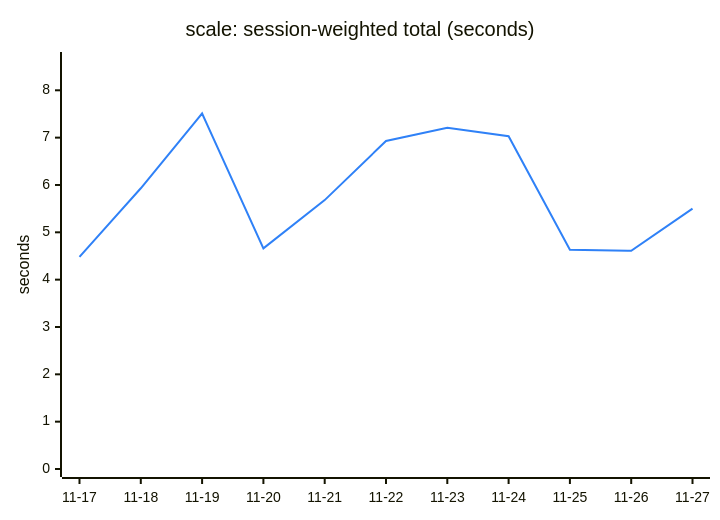
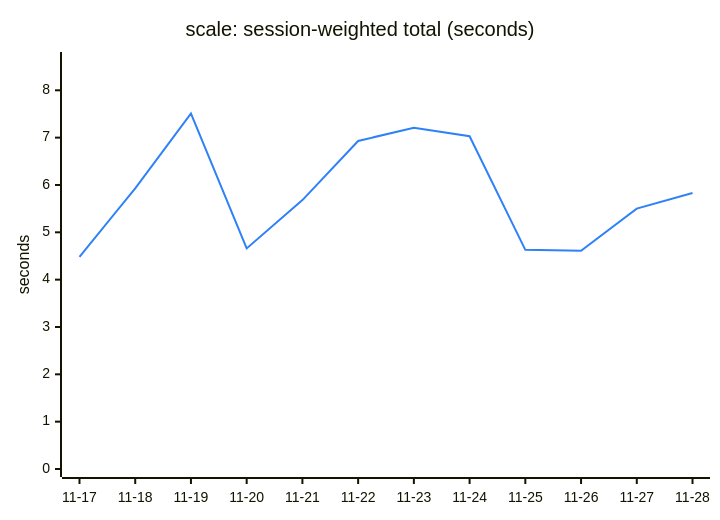
Before and after one commit to Ricovl/mxcli: the third of 6 diagrams in TREND.md, drawn with Mermaid. The commit also changed other lines of this file and 2 other files, not shown here.

````diff
--- a/TREND.md
+++ b/TREND.md
@@ -83,13 +83,13 @@
 ```mermaid
 ---
 config:
   themeVariables:
     xyChart:
       plotColorPalette: "#2f81f7"
 ---
 xychart-beta
     title "scale: session-weighted total (seconds)"
-    x-axis ["11-17", "11-18", "11-19", "11-20", "11-21", "11-22", "11-23", "11-24", "11-25", "11-26", "11-27"]
+    x-axis ["11-17", "11-18", "11-19", "11-20", "11-21", "11-22", "11-23", "11-24", "11-25", "11-26", "11-27", "11-28"]
     y-axis "seconds" 0 --> 8.64
-    line [4.48, 5.93, 7.51, 4.66, 5.68, 6.93, 7.21, 7.03, 4.63, 4.61, 5.50]
+    line [4.48, 5.93, 7.51, 4.66, 5.68, 6.93, 7.21, 7.03, 4.63, 4.61, 5.50, 5.83]
 ```
````
